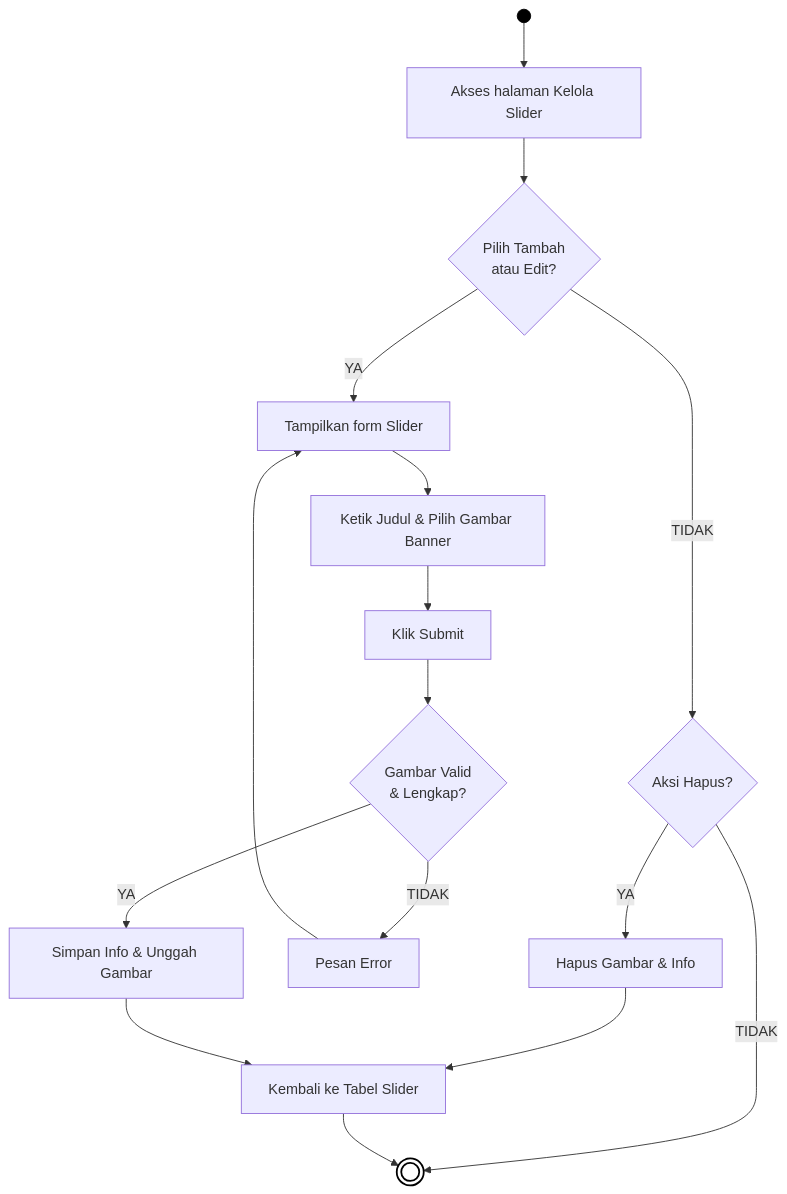
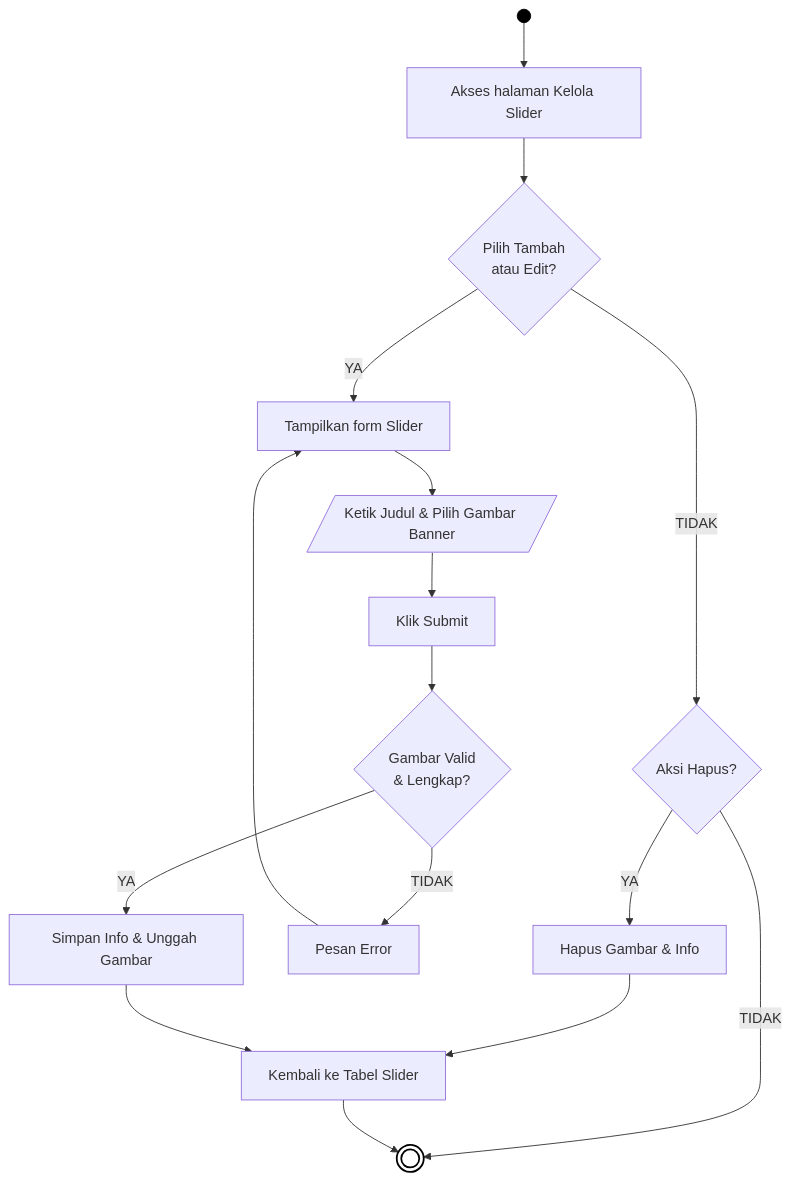
The sixth of 21 diagrams in docs/01_DIAGRAM_AKTIVITAS.md (arbain-dev/Web_fikom), drawn with Mermaid before and after one commit. The commit also changed other lines of this file and 2 other files, not shown here.

Commit message:
docs: perbaiki bentuk IO pada flowchart

````diff
--- a/docs/01_DIAGRAM_AKTIVITAS.md
+++ b/docs/01_DIAGRAM_AKTIVITAS.md
@@ -179,26 +179,26 @@
 ```mermaid
 flowchart TD
     Start(( )) --> A[Akses halaman Kelola Slider]
     
     A --> B{Pilih Tambah\natau Edit?}
     
     B -- TIDAK --> Hapus{Aksi Hapus?}
     Hapus -- YA --> HC[Hapus Gambar & Info]
     Hapus -- TIDAK --> End((( )))
     HC --> I[Kembali ke Tabel Slider]
     
     B -- YA --> C[Tampilkan form Slider]
-    C --> D[Ketik Judul & Pilih Gambar Banner]
+    C --> D[/Ketik Judul & Pilih Gambar Banner/]
     D --> E[Klik Submit]
     
     E --> F{Gambar Valid\n& Lengkap?}
     F -- TIDAK --> G[Pesan Error]
     G --> C
     
     F -- YA --> H[Simpan Info & Unggah Gambar]
     H --> I
     I --> End
     
     style Start fill:#000,stroke:#000,color:#000
     style End fill:#fff,stroke:#000,stroke-width:2px
 ```
````
